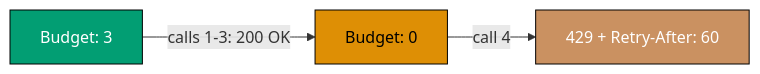
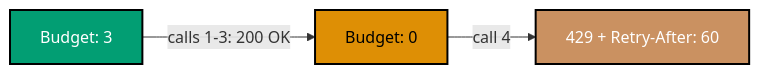
Before and after one commit to wahidyankf/open-sharia-fintech: the third of 8 diagrams in apps/ayokoding-www/content/en/learn/courses/api-design/learning/intermediate.md, drawn with Mermaid. The commit also changed other lines of this file and 6 other files, not shown here.

````diff
--- a/apps/ayokoding-www/content/en/learn/courses/api-design/learning/intermediate.md
+++ b/apps/ayokoding-www/content/en/learn/courses/api-design/learning/intermediate.md
@@ -781,10 +786,13 @@
 ```mermaid
 %% Color Palette: Orange #DE8F05, Teal #029E73, Brown #CA9161
 graph LR
     A["Budget: 3"] -->|calls 1-3: 200 OK| D["Budget: 0"]
     D -->|call 4| E["429 + Retry-After: 60"]
 
-    style A fill:#029E73,stroke:#000,color:#fff
-    style D fill:#DE8F05,stroke:#000,color:#000
-    style E fill:#CA9161,stroke:#000,color:#fff
+    classDef teal fill:#029E73,stroke:#000000,color:#FFFFFF,stroke-width:2px
+    classDef orange fill:#DE8F05,stroke:#000000,color:#000000,stroke-width:2px
+    classDef brown fill:#CA9161,stroke:#000000,color:#FFFFFF,stroke-width:2px
+    class A teal
+    class D orange
+    class E brown
 ```
````
